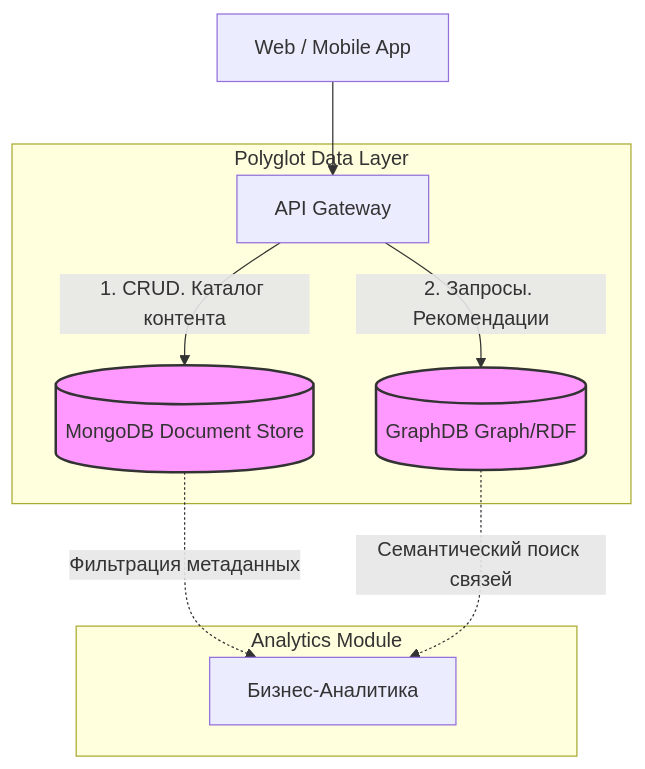
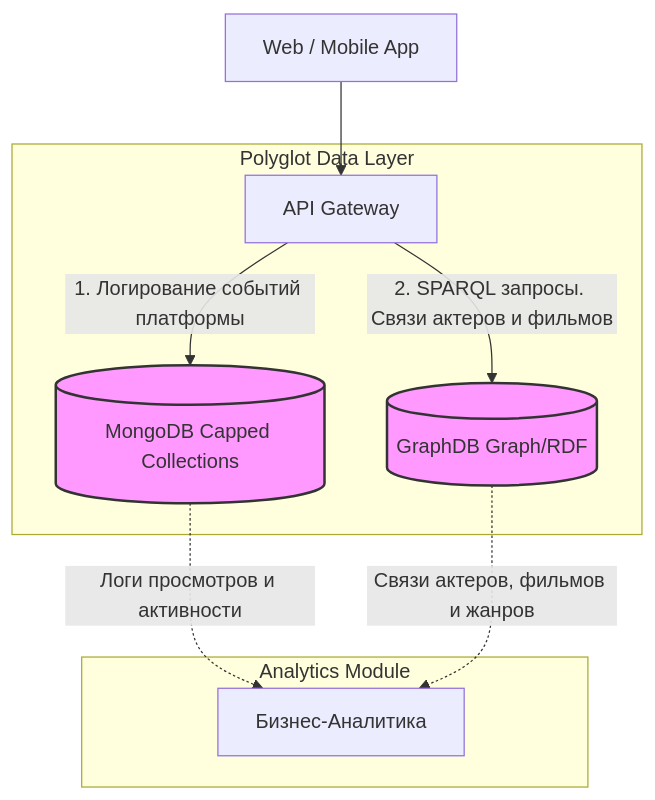
The diagram in pw_02/README.md (wyamka/BigData-MGPU), drawn with Mermaid before and after one commit. The commit also changed other lines of this file, not shown here.

````diff
--- a/pw_02/README.md
+++ b/pw_02/README.md
@@ -19,17 +18,19 @@
 ```mermaid
 graph TD
     Client[Web / Mobile App] --> API[API Gateway]
-    
+
+
     subgraph Polyglot Data Layer
-        API -->|1. CRUD. Каталог контента| Mongo[(MongoDB Document Store)]
-        API -->|2. Запросы. Рекомендации| Graph[(GraphDB Graph/RDF)]
+        API -->|1. Логирование событий платформы| Mongo[(MongoDB Capped Collections)]
+        API -->|2. SPARQL запросы. Связи актеров и фильмов| Graph[(GraphDB Graph/RDF)]
     end
-    
+
+
     subgraph Analytics Module
-        Mongo -.->|Фильтрация метаданных| BI[Бизнес-Аналитика]
-        Graph -.->|Семантический поиск связей| BI[Бизнес-Аналитика]
+        Mongo -.->|Логи просмотров и активности| BI[Бизнес-Аналитика]
+        Graph -.->|Связи актеров, фильмов и жанров| BI[Бизнес-Аналитика]
     end
 
     classDef db fill:#f9f,stroke:#333,stroke-width:2px;
-    class Mongo,Cass,Graph db;
+    class Mongo,Graph db;
 ```
````
